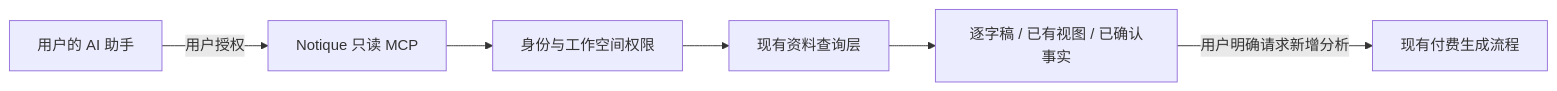
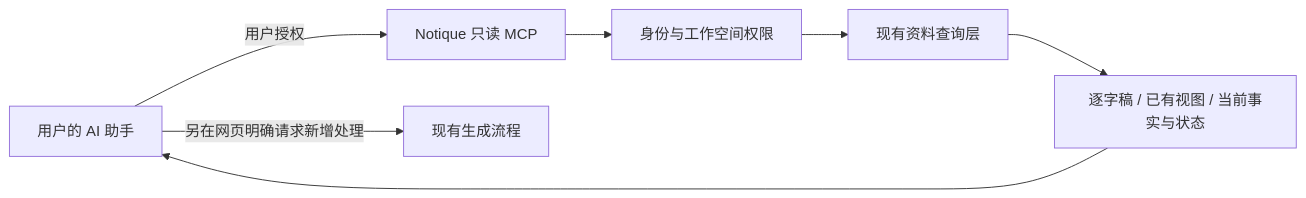
One commit to Astro-wen/notique-product-prototype changed the diagram in docs/MCP_STRATEGY.md. Above: the diagram before and after it, drawn with Mermaid. The commit also changed other lines of this file and 23 other files, not shown here.

````diff
--- a/docs/MCP_STRATEGY.md
+++ b/docs/MCP_STRATEGY.md
@@ -46,8 +65,9 @@
 ```mermaid
 flowchart LR
   U[用户的 AI 助手] -->|用户授权| M[Notique 只读 MCP]
   M --> A[身份与工作空间权限]
   A --> R[现有资料查询层]
-  R --> D[逐字稿 / 已有视图 / 已确认事实]
-  D -->|用户明确请求新增分析| G[现有付费生成流程]
+  R --> D[逐字稿 / 已有视图 / 当前事实与状态]
+  D --> U
+  U -->|另在网页明确请求新增处理| G[现有生成流程]
 ```
````
